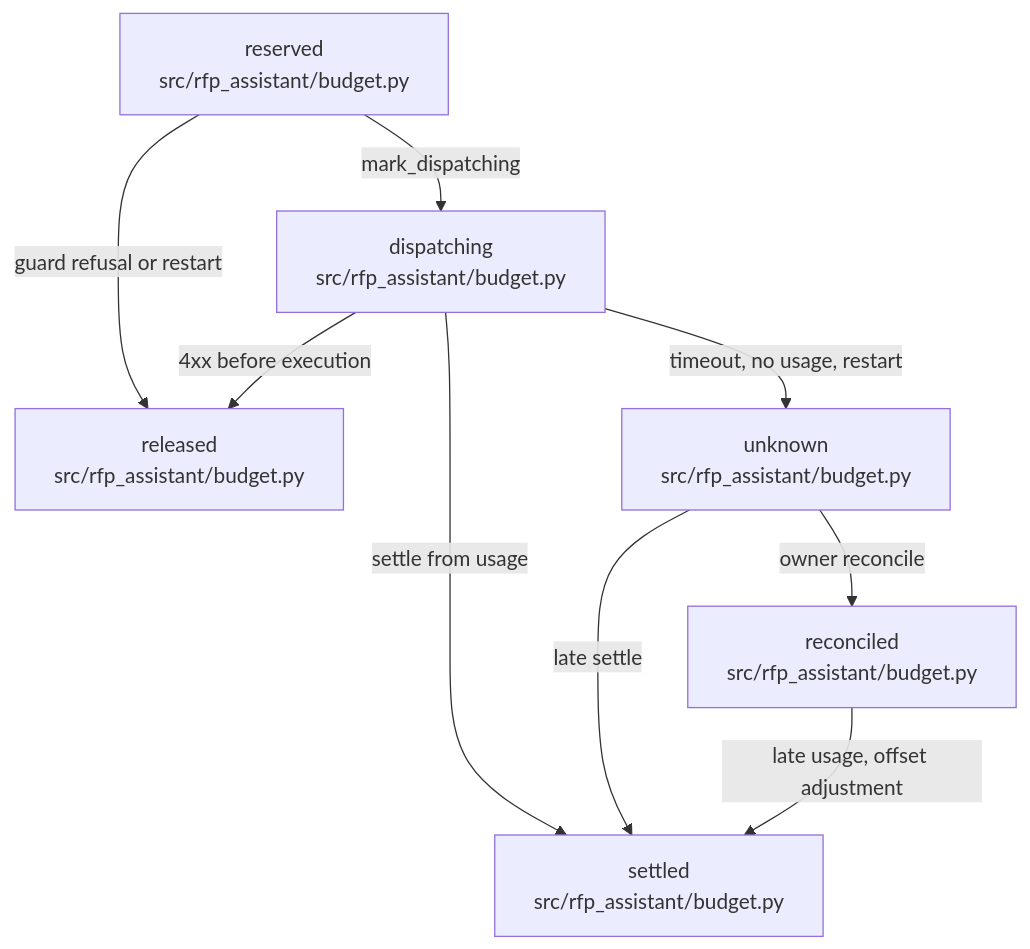
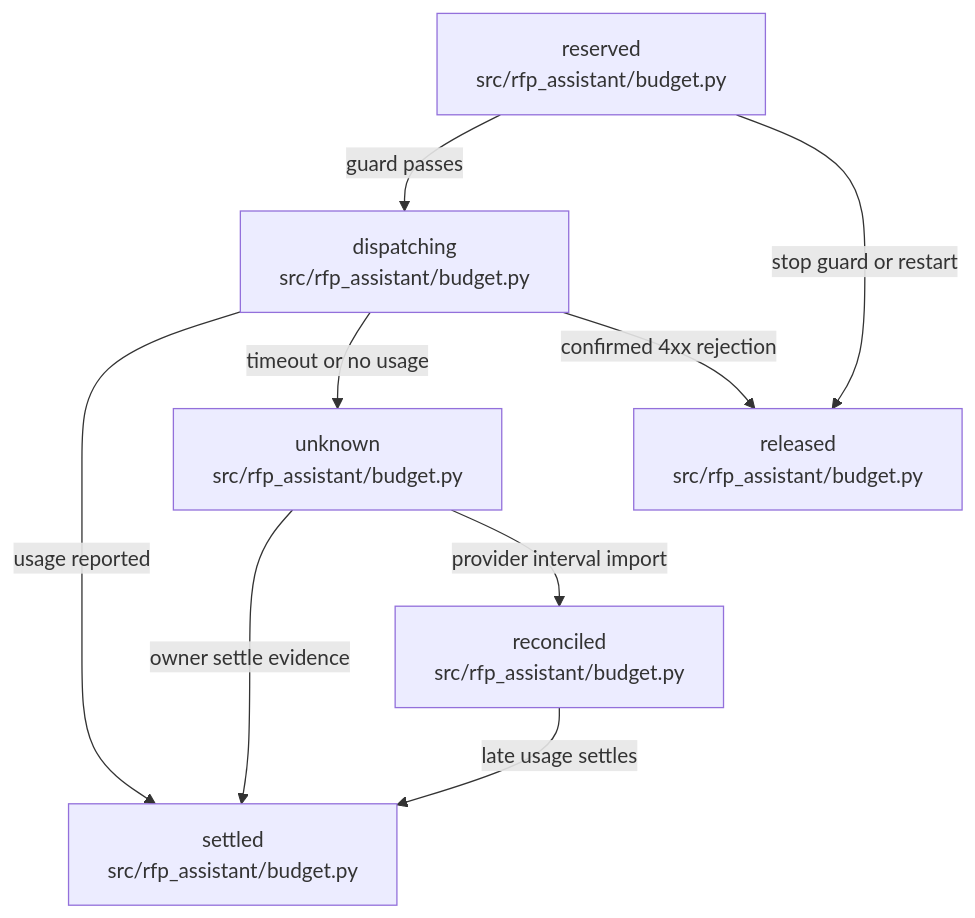
Before and after one commit to littleeeeebit/project-codeit-mid: the diagram in .omm/state-transitions/attempt-billing/diagram.mmd, drawn with Mermaid. The commit also changed 349 other files, not shown here.

Commit message:
Refresh wiki and architecture before merge

```diff
--- a/.omm/state-transitions/attempt-billing/diagram.mmd
+++ b/.omm/state-transitions/attempt-billing/diagram.mmd
@@ -1,9 +1,15 @@
 graph TD
-  reserved["reserved\nsrc/rfp_assistant/budget.py"] -->|"mark_dispatching"| dispatching["dispatching\nsrc/rfp_assistant/budget.py"]
-  reserved -->|"guard refusal or restart"| released["released\nsrc/rfp_assistant/budget.py"]
-  dispatching -->|"4xx before execution"| released
-  dispatching -->|"settle from usage"| settled["settled\nsrc/rfp_assistant/budget.py"]
-  dispatching -->|"timeout, no usage, restart"| unknown["unknown\nsrc/rfp_assistant/budget.py"]
-  unknown -->|"owner reconcile"| reconciled["reconciled\nsrc/rfp_assistant/budget.py"]
-  unknown -->|"late settle"| settled
-  reconciled -->|"late usage, offset adjustment"| settled
+  reserved["reserved\nsrc/rfp_assistant/budget.py"]
+  dispatching["dispatching\nsrc/rfp_assistant/budget.py"]
+  settled["settled\nsrc/rfp_assistant/budget.py"]
+  unknown["unknown\nsrc/rfp_assistant/budget.py"]
+  reconciled["reconciled\nsrc/rfp_assistant/budget.py"]
+  released["released\nsrc/rfp_assistant/budget.py"]
+  reserved -->|"guard passes"| dispatching
+  reserved -->|"stop guard or restart"| released
+  dispatching -->|"usage reported"| settled
+  dispatching -->|"timeout or no usage"| unknown
+  dispatching -->|"confirmed 4xx rejection"| released
+  unknown -->|"owner settle evidence"| settled
+  unknown -->|"provider interval import"| reconciled
+  reconciled -->|"late usage settles"| settled
```
